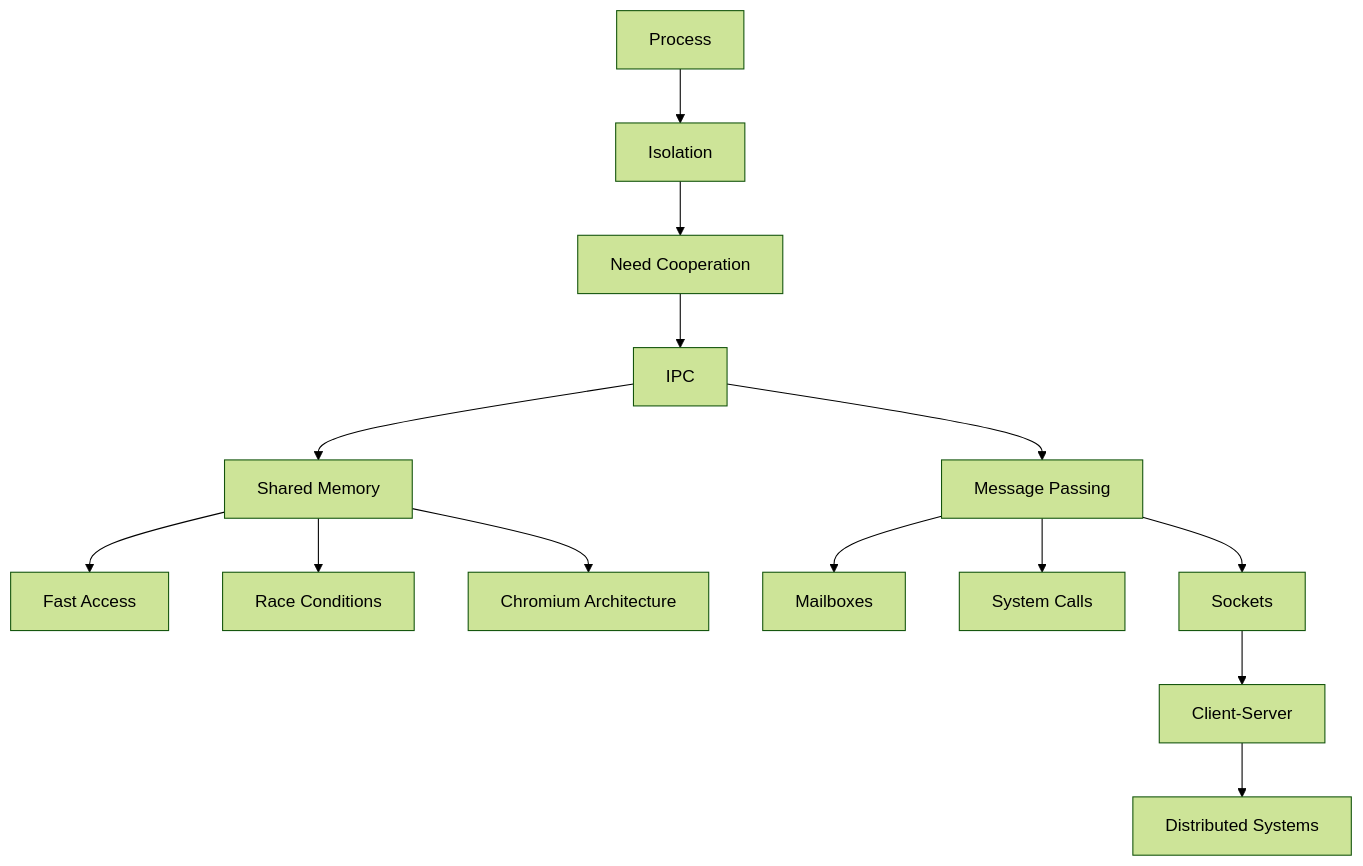
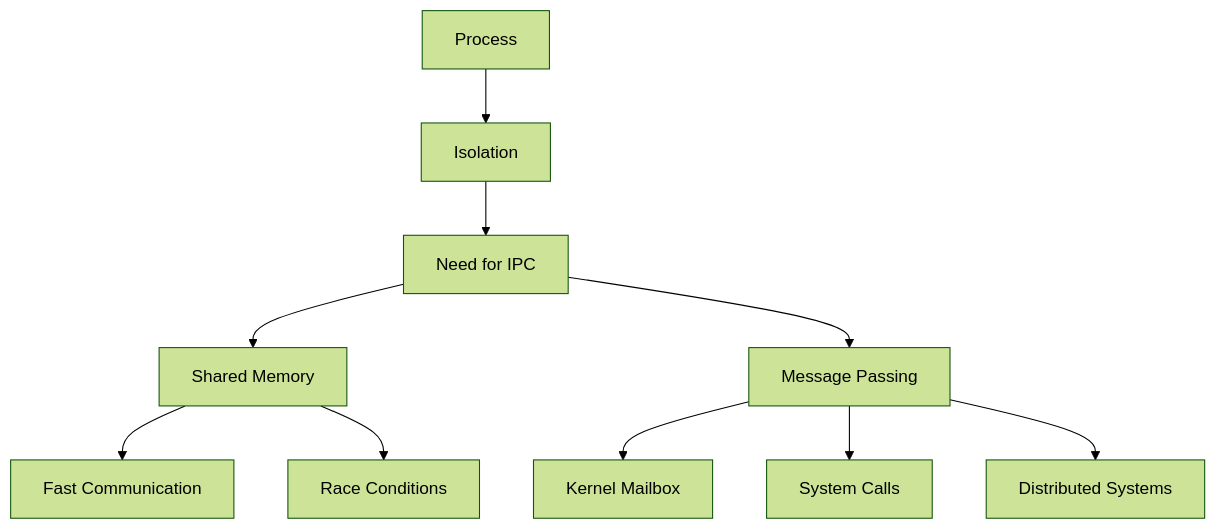
One commit to godmodevegeta/web-scalibility-notes changed the diagram in Interprocess Communication (IPC).md. Above: the diagram before and after it, drawn with Mermaid (forest theme). The commit also changed other lines of this file, not shown here.

First line of the commit message:
Revise IPC notes for improved clarity and structure

````diff
--- a/Interprocess Communication (IPC).md
+++ b/Interprocess Communication (IPC).md
@@ -280,21 +313,12 @@
 ```mermaid
 graph TD
-    A[Process] --> B[Isolation]
-    B --> C[Need Cooperation]
-    C --> D[IPC]
-
-    D --> E[Shared Memory]
-    D --> F[Message Passing]
-
-    E --> G[Fast Access]
-    E --> H[Race Conditions]
-
-    F --> I[Mailboxes]
-    F --> J[System Calls]
-    F --> K[Sockets]
-
-    K --> L[Client-Server]
-    L --> M[Distributed Systems]
-
-    E --> N[Chromium Architecture]
+A[Process] --> B[Isolation]
+B --> C[Need for IPC]
+C --> D[Shared Memory]
+C --> E[Message Passing]
+D --> F[Fast Communication]
+D --> G[Race Conditions]
+E --> H[Kernel Mailbox]
+E --> I[System Calls]
+E --> J[Distributed Systems]
 ```
````
